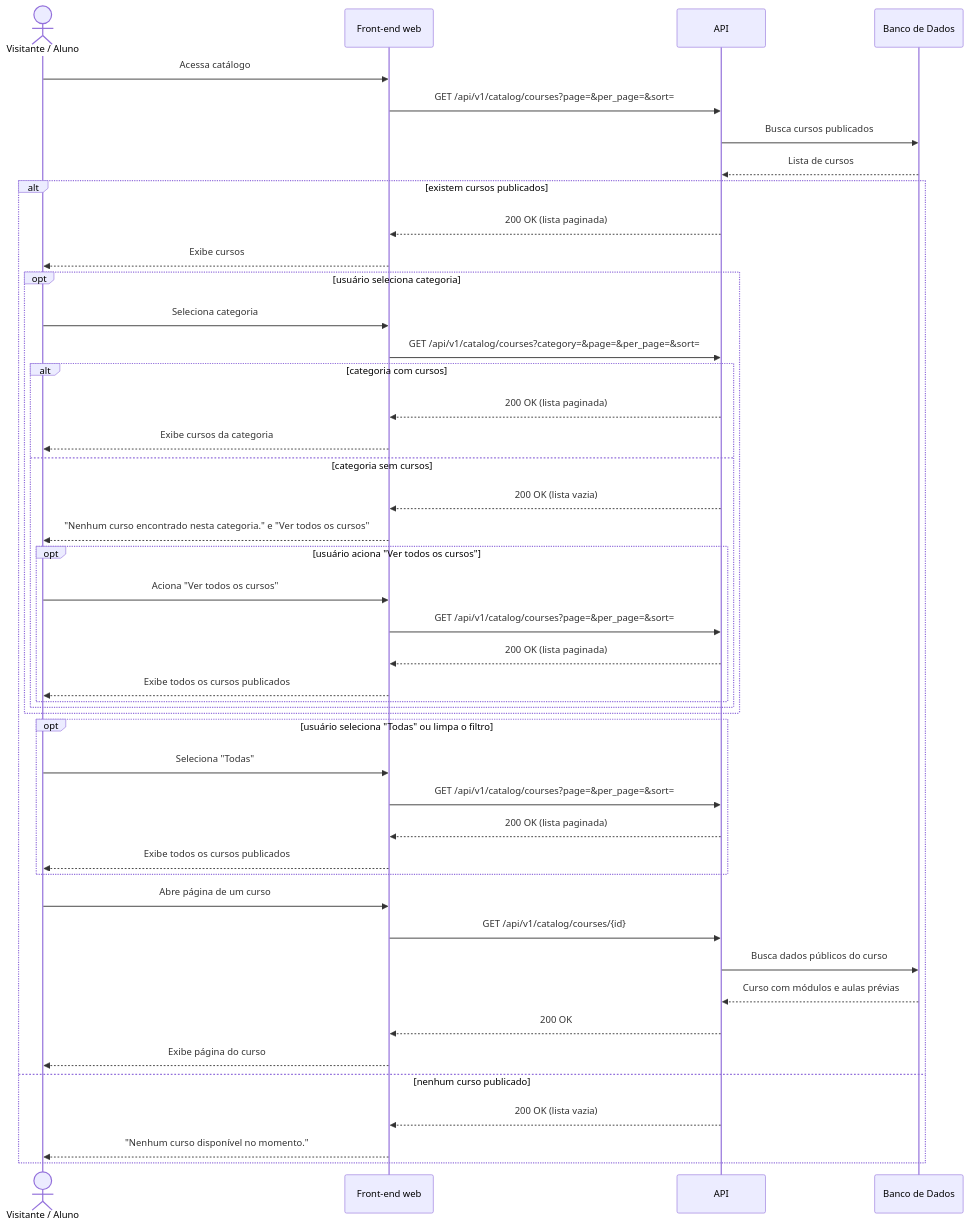
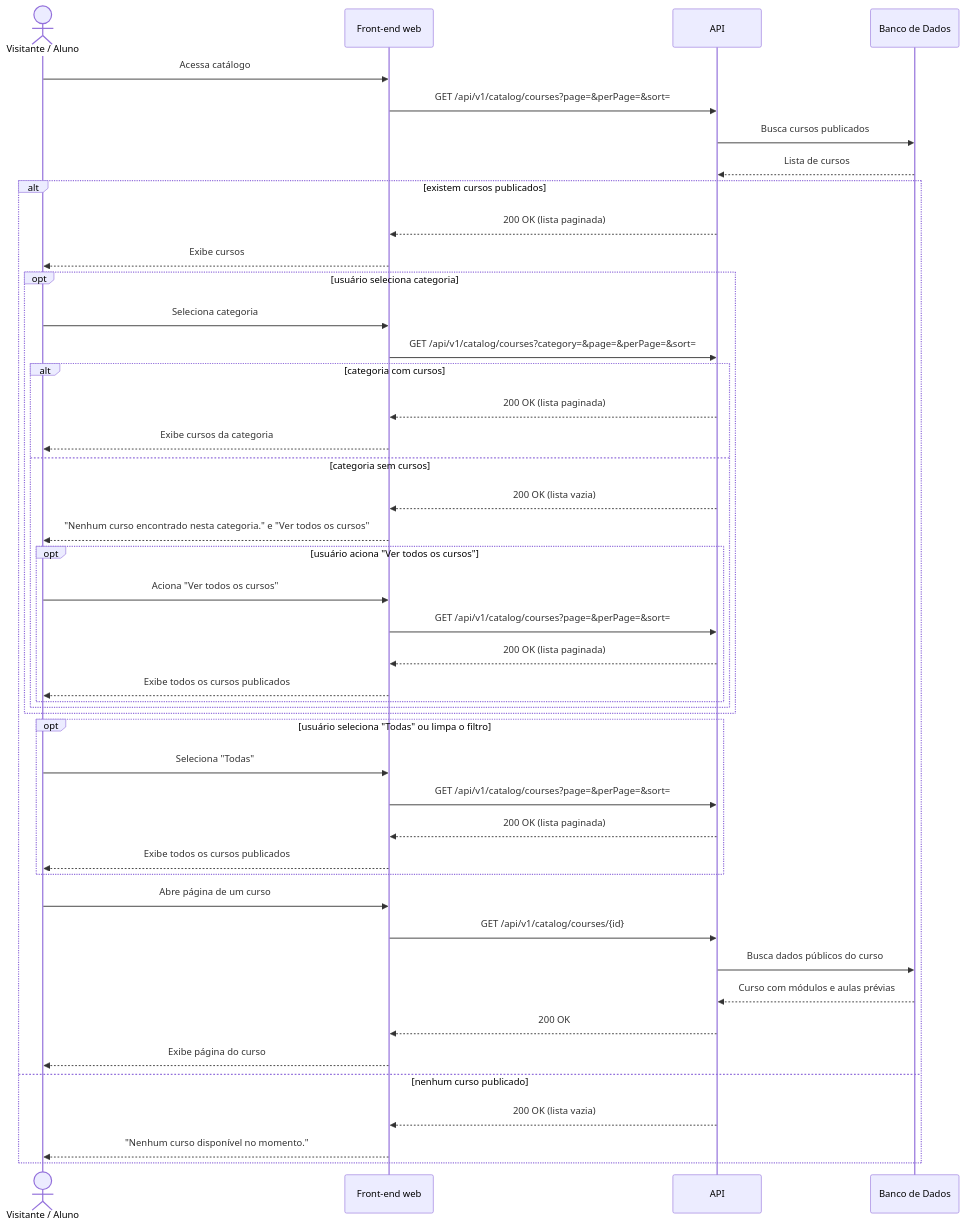
Before and after one commit to Plataforma-de-Cursos-TCC/plataforma-cursos-docs: the diagram in docs/ssd/UC020-consultar-catalogo-de-cursos.md, drawn with Mermaid.

Commit message:
docs(ssd): use perPage in the UC020 catalog sequence
The catalog request used per_page, but ADR-0015 and the TDD section 3.2 use perPage in the API query, so the sequence now matches the contract.

````diff
--- a/docs/ssd/UC020-consultar-catalogo-de-cursos.md
+++ b/docs/ssd/UC020-consultar-catalogo-de-cursos.md
@@ -5,48 +5,48 @@
 ```mermaid
 sequenceDiagram
     actor User as Visitante / Aluno
     participant FE as Front-end web
     participant API
     participant DB as Banco de Dados
 
     User->>FE: Acessa catálogo
-    FE->>API: GET /api/v1/catalog/courses?page=&per_page=&sort=
+    FE->>API: GET /api/v1/catalog/courses?page=&perPage=&sort=
     API->>DB: Busca cursos publicados
     DB-->>API: Lista de cursos
     alt existem cursos publicados
         API-->>FE: 200 OK (lista paginada)
         FE-->>User: Exibe cursos
         opt usuário seleciona categoria
             User->>FE: Seleciona categoria
-            FE->>API: GET /api/v1/catalog/courses?category=&page=&per_page=&sort=
+            FE->>API: GET /api/v1/catalog/courses?category=&page=&perPage=&sort=
             alt categoria com cursos
                 API-->>FE: 200 OK (lista paginada)
                 FE-->>User: Exibe cursos da categoria
             else categoria sem cursos
                 API-->>FE: 200 OK (lista vazia)
                 FE-->>User: "Nenhum curso encontrado nesta categoria." e "Ver todos os cursos"
                 opt usuário aciona "Ver todos os cursos"
                     User->>FE: Aciona "Ver todos os cursos"
-                    FE->>API: GET /api/v1/catalog/courses?page=&per_page=&sort=
+                    FE->>API: GET /api/v1/catalog/courses?page=&perPage=&sort=
                     API-->>FE: 200 OK (lista paginada)
                     FE-->>User: Exibe todos os cursos publicados
                 end
             end
         end
         opt usuário seleciona "Todas" ou limpa o filtro
             User->>FE: Seleciona "Todas"
-            FE->>API: GET /api/v1/catalog/courses?page=&per_page=&sort=
+            FE->>API: GET /api/v1/catalog/courses?page=&perPage=&sort=
             API-->>FE: 200 OK (lista paginada)
             FE-->>User: Exibe todos os cursos publicados
         end
         User->>FE: Abre página de um curso
         FE->>API: GET /api/v1/catalog/courses/{id}
         API->>DB: Busca dados públicos do curso
         DB-->>API: Curso com módulos e aulas prévias
         API-->>FE: 200 OK
         FE-->>User: Exibe página do curso
     else nenhum curso publicado
         API-->>FE: 200 OK (lista vazia)
         FE-->>User: "Nenhum curso disponível no momento."
     end
 ```
````
